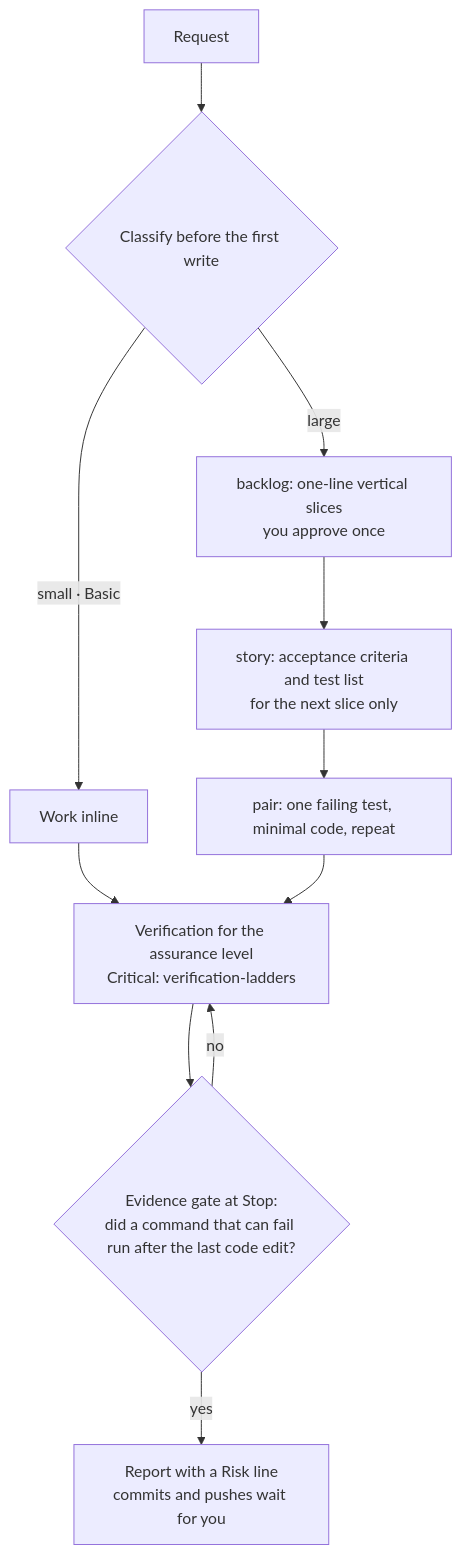
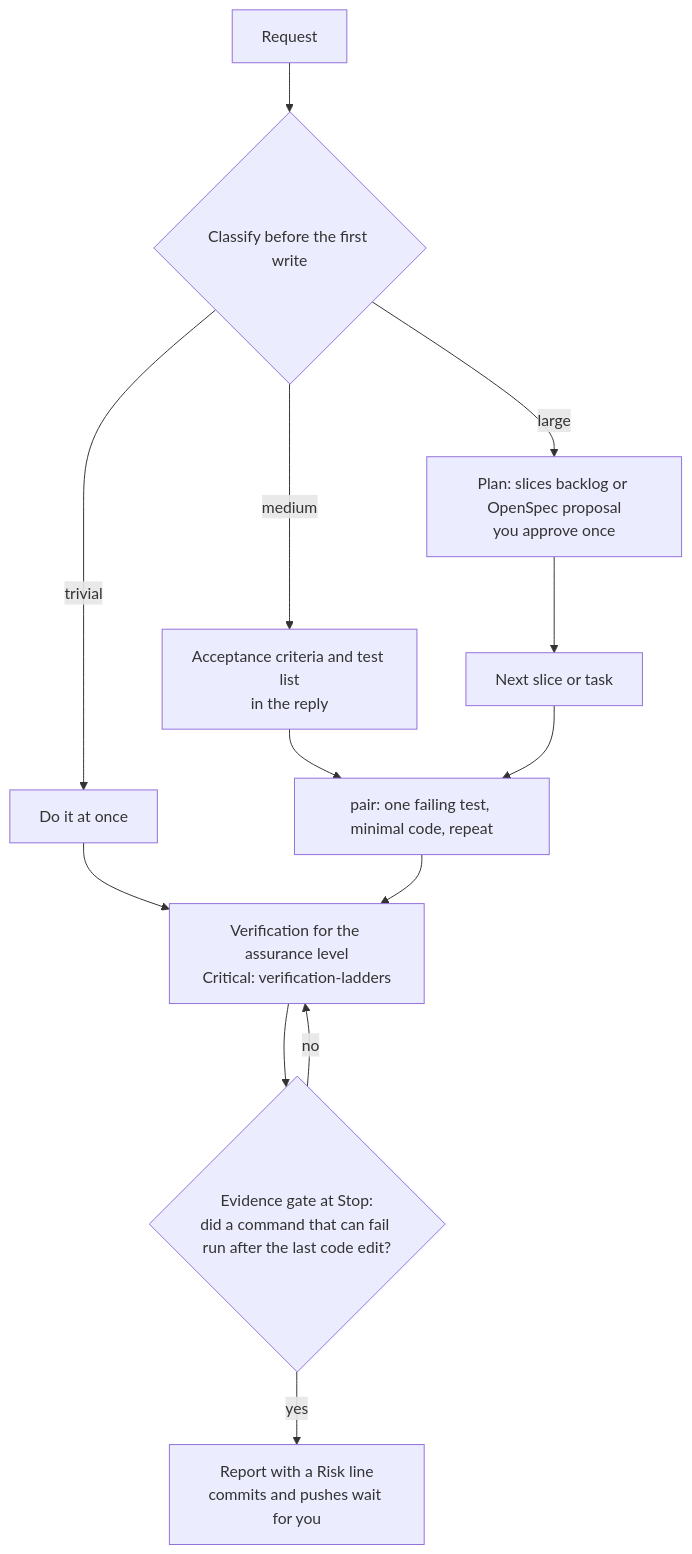
The first of 9 diagrams in docs/methodology.md (sacuadros/agent-harness), drawn with Mermaid before and after one commit. The commit also changed other lines of this file and 13 other files, not shown here.

First line of the commit message:
feat(harness): size work in three tiers and pick slices or OpenSpec per PC

````diff
--- a/docs/methodology.md
+++ b/docs/methodology.md
@@ -9,13 +9,15 @@
 ```mermaid
 flowchart TD
     R[Request] --> C{Classify before the first write}
-    C -- "small · Basic" --> I[Work inline]
-    C -- large --> B[backlog: one-line vertical slices<br/>you approve once]
-    B --> S[story: acceptance criteria and test list<br/>for the next slice only]
+    C -- trivial --> I[Do it at once]
+    C -- medium --> M[Acceptance criteria and test list<br/>in the reply]
+    C -- large --> B[Plan: slices backlog or OpenSpec proposal<br/>you approve once]
+    B --> S[Next slice or task]
+    M --> P
     S --> P[pair: one failing test, minimal code, repeat]
     I --> V
     P --> V[Verification for the assurance level<br/>Critical: verification-ladders]
     V --> G{Evidence gate at Stop:<br/>did a command that can fail run after the last code edit?}
     G -- no --> V
     G -- yes --> X[Report with a Risk line<br/>commits and pushes wait for you]
 ```
````
